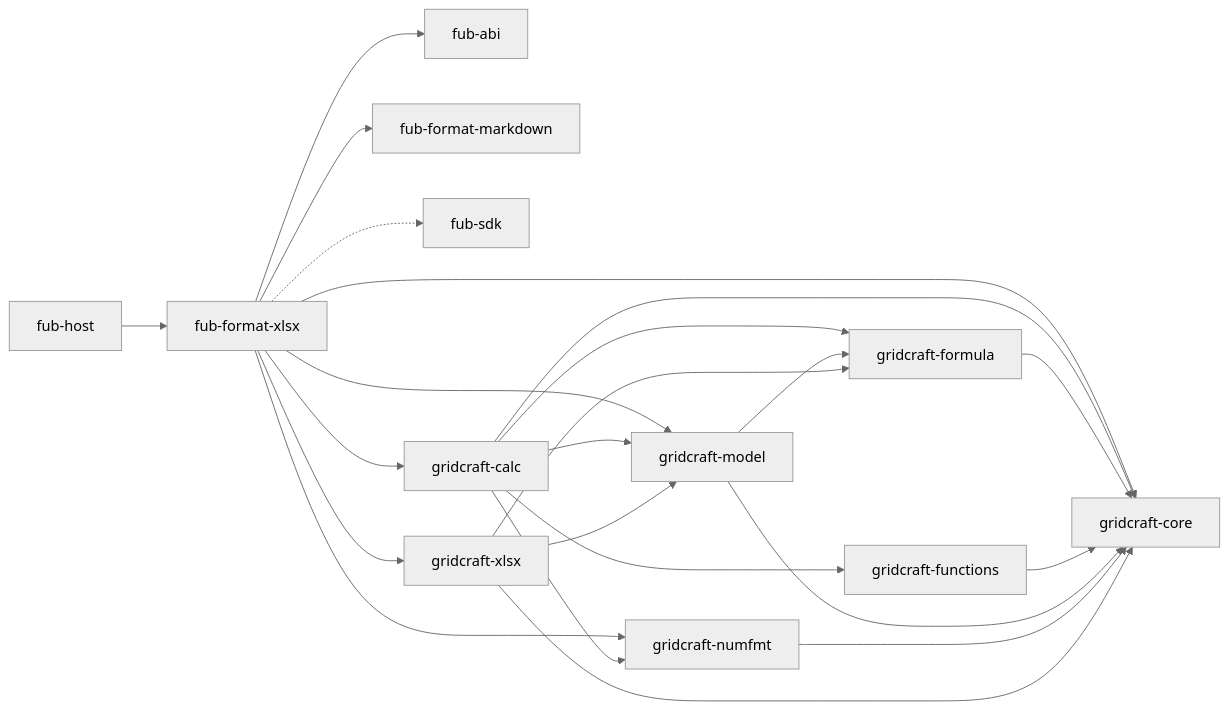
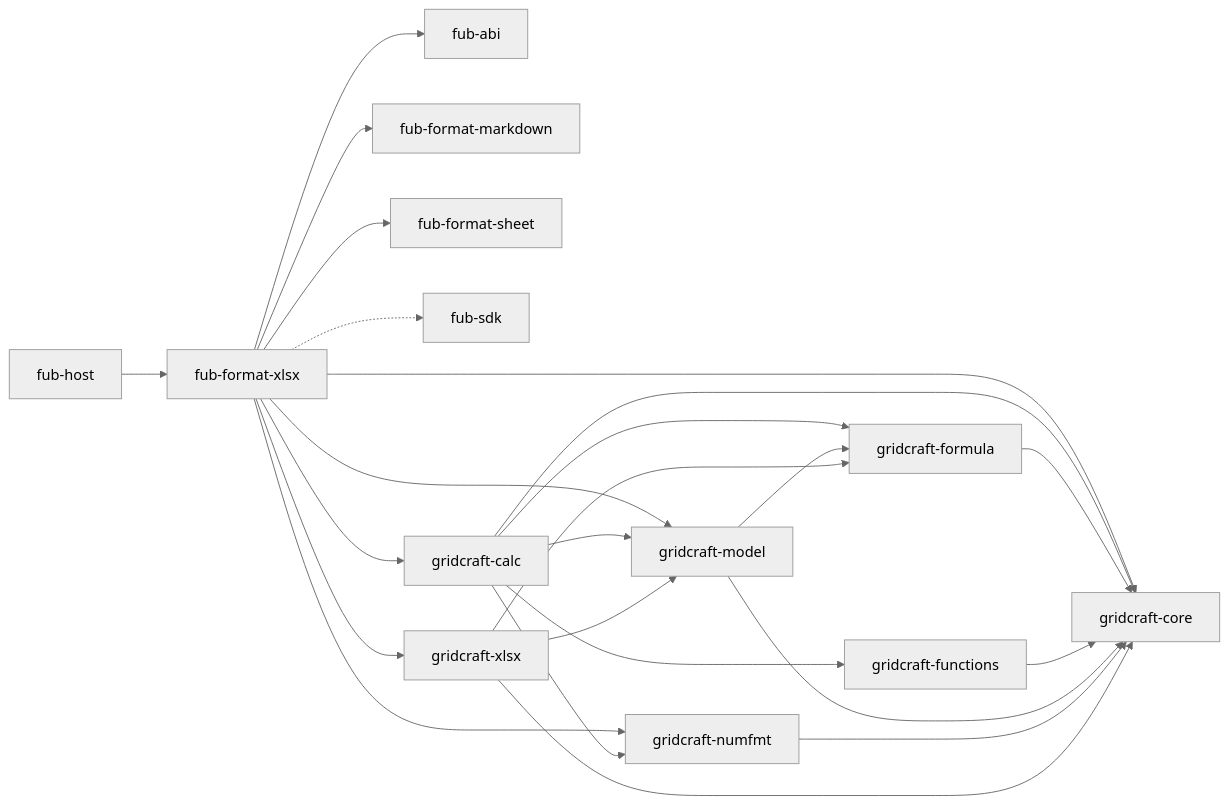
Before and after one commit to Fubeo/Fub: the third of 4 diagrams in docs/architecture/overview.md, drawn with Mermaid (neutral theme). The commit also changed other lines of this file and 12 other files, not shown here.

````diff
--- a/docs/architecture/overview.md
+++ b/docs/architecture/overview.md
@@ -160,41 +162,43 @@
 ```mermaid
 flowchart LR
     %% @grafo-dipendenze
     %% Il seguito del grafo: fub-format-xlsx e i crate di GridCraft.
 
     host["fub-host"]
     abi["fub-abi"]
     markdown["fub-format-markdown"]
+    sheet["fub-format-sheet"]
     sdk["fub-sdk"]
     xlsx["fub-format-xlsx"]
     gcalc["gridcraft-calc"]
     gcore["gridcraft-core"]
     gformula["gridcraft-formula"]
     gfunctions["gridcraft-functions"]
     gnumfmt["gridcraft-numfmt"]
     gmodel["gridcraft-model"]
     gxlsx["gridcraft-xlsx"]
 
     host --> xlsx
     xlsx --> abi
     xlsx --> markdown
+    xlsx --> sheet
     xlsx -.-> sdk
     xlsx --> gcalc
     xlsx --> gcore
     xlsx --> gmodel
     xlsx --> gnumfmt
     xlsx --> gxlsx
     gcalc --> gcore
     gcalc --> gformula
     gcalc --> gfunctions
     gcalc --> gmodel
     gcalc --> gnumfmt
     gformula --> gcore
     gfunctions --> gcore
     gmodel --> gcore
     gmodel --> gformula
     gnumfmt --> gcore
     gxlsx --> gcore
     gxlsx --> gformula
     gxlsx --> gmodel
 ```
````
